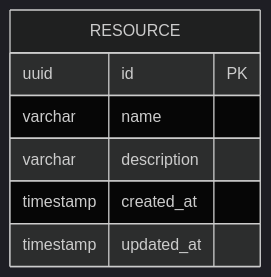
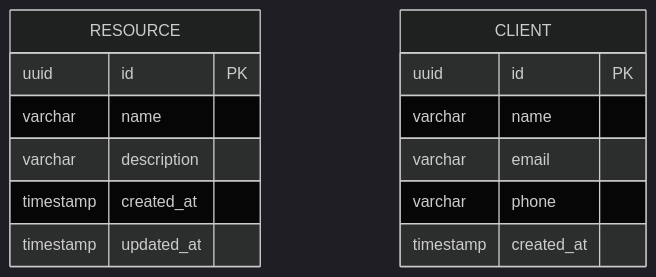
One commit to ebugedo/poc-sdd-net-core-api changed the diagram in design/data-model/data-model.md. Above: the diagram before and after it, drawn with Mermaid (dark theme). The commit also changed other lines of this file and 12 other files, not shown here.

````diff
--- a/design/data-model/data-model.md
+++ b/design/data-model/data-model.md
@@ -10,10 +10,18 @@
 ```mermaid
 erDiagram
     RESOURCE {
         uuid id PK
         varchar name
         varchar description
         timestamp created_at
         timestamp updated_at
     }
+    
+    CLIENT {
+        uuid id PK
+        varchar name
+        varchar email
+        varchar phone
+        timestamp created_at
+    }
 ```
````
